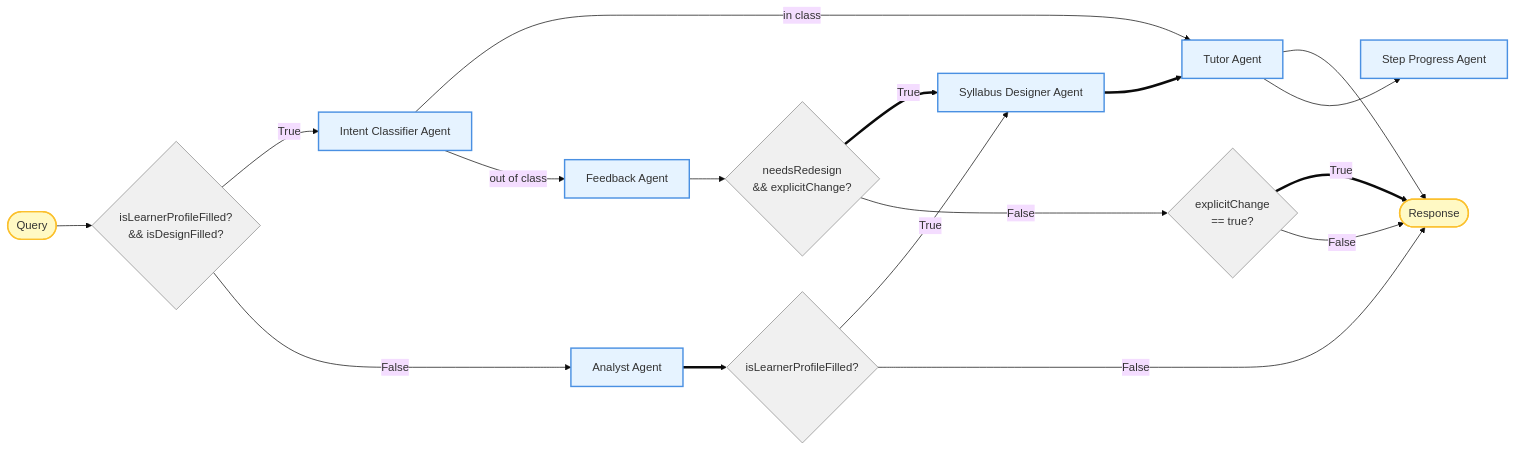
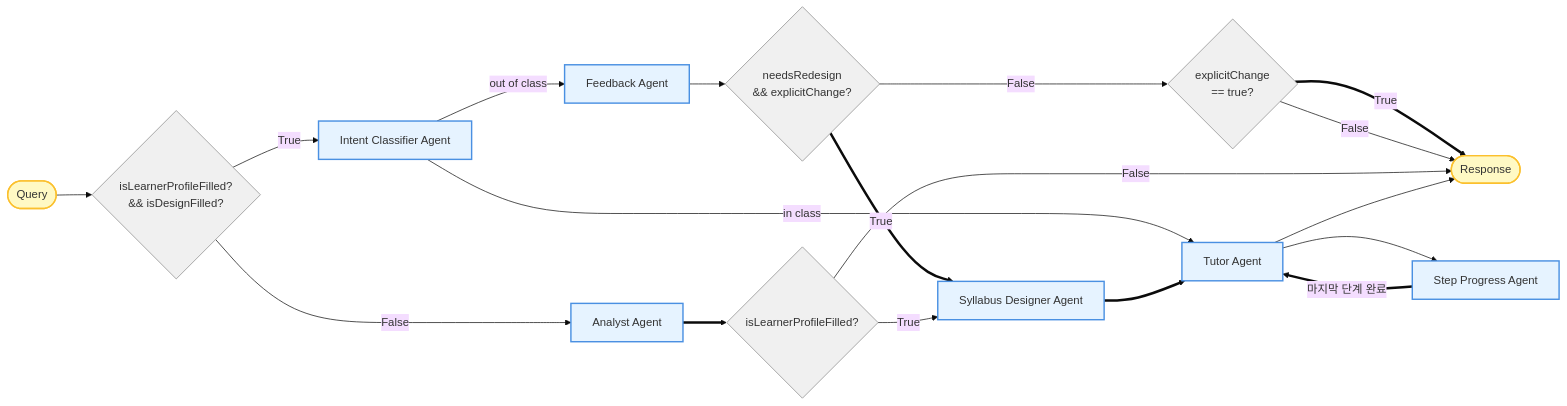
The first of 4 diagrams in flowchart.md (baekdusan/journal-experiment), drawn with Mermaid (base theme) before and after one commit. The commit also changed other lines of this file and 4 other files, not shown here.

````diff
--- a/flowchart.md
+++ b/flowchart.md
@@ -20,31 +20,32 @@
 ```mermaid
 flowchart LR
     Q([Query]) --> Ready{"isLearnerProfileFilled?<br/>&& isDesignFilled?"}
 
     Ready -->|True| Intent["Intent Classifier Agent"]
     Ready -->|False| Analyst["Analyst Agent"]
 
     Intent -->|in class| Tutor["Tutor Agent"]
     Intent -->|out of class| FB["Feedback Agent"]
 
     FB --> RD{"needsRedesign<br/>&& explicitChange?"}
     RD ==>|True| Designer["Syllabus Designer Agent"]
     RD -->|False| EX{"explicitChange<br/>== true?"}
     EX ==>|True| R([Response])
     EX -->|False| R
 
     Analyst ==> MC{"isLearnerProfileFilled?"}
     MC -->|True| Designer
     MC -->|False| R
 
     Designer ==> Tutor
     Tutor --> R
     Tutor --> SP["Step Progress Agent"]
+    SP ==>|"마지막 단계 완료"| Tutor
 
     classDef agent fill:#E6F3FF,stroke:#4A90E2,stroke-width:2px
     classDef dec fill:#F0F0F0,stroke:#888,stroke-width:1px
     classDef term fill:#FFF9C4,stroke:#FBC02D,stroke-width:2px
     class Analyst,Intent,Tutor,FB,Designer,SP agent
     class Ready,MC,RD,EX dec
     class Q,R term
 ```
````
